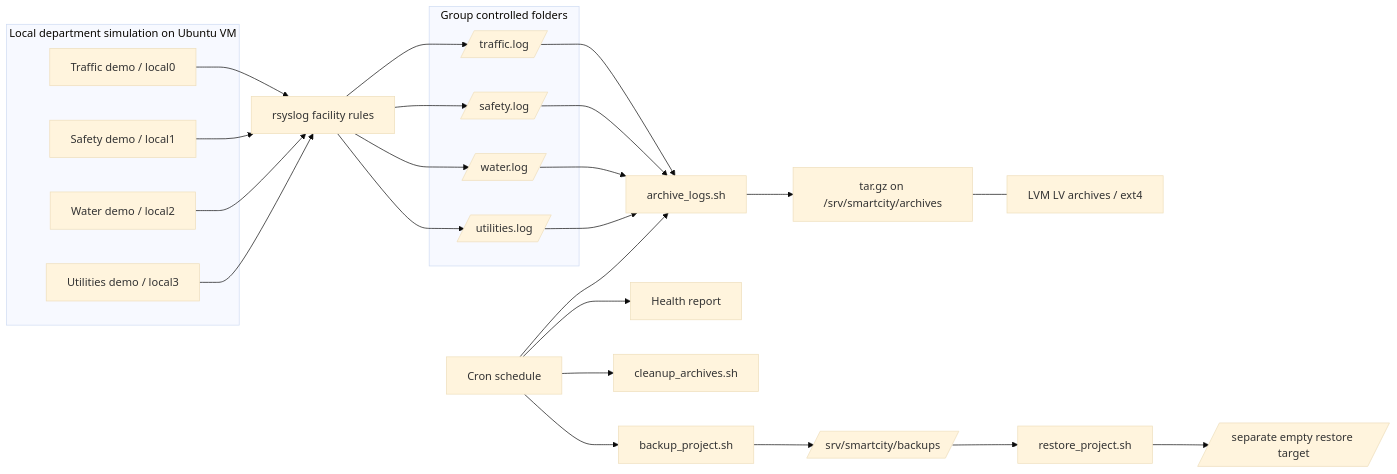
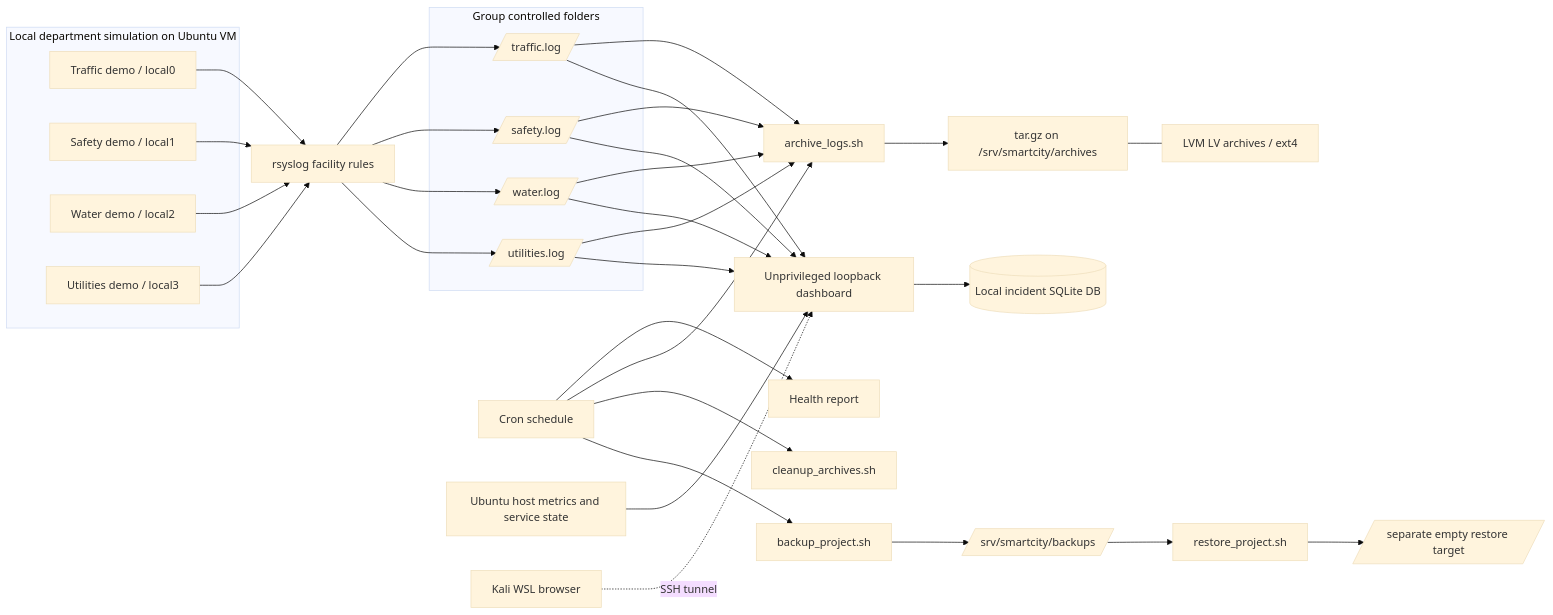
Before and after one commit to KaIvO-1904/Linux-Hackathon: the diagram in docs/ARCHITECTURE.md, drawn with Mermaid (base theme). The commit also changed other lines of this file and 20 other files, not shown here.

````diff
--- a/docs/ARCHITECTURE.md
+++ b/docs/ARCHITECTURE.md
@@ -3,36 +3,43 @@
 ```mermaid
 flowchart LR
     subgraph SIM[Local department simulation on Ubuntu VM]
       T[Traffic demo / local0]
       S[Safety demo / local1]
       W[Water demo / local2]
       U[Utilities demo / local3]
     end
     T --> R[rsyslog facility rules]
     S --> R
     W --> R
     U --> R
     R --> LT[/traffic.log/]
     R --> LS[/safety.log/]
     R --> LW[/water.log/]
     R --> LU[/utilities.log/]
     subgraph ACL[Group controlled folders]
       LT
       LS
       LW
       LU
     end
     LT --> AR[archive_logs.sh]
     LS --> AR
     LW --> AR
     LU --> AR
     AR --> LV[tar.gz on /srv/smartcity/archives]
     LV --- LVM[LVM LV archives / ext4]
     CR[Cron schedule] --> HR[Health report]
     CR --> AR
     CR --> CL[cleanup_archives.sh]
     CR --> BK[backup_project.sh]
     BK --> BA[/srv/smartcity/backups/]
     BA --> RS[restore_project.sh]
     RS --> RT[/separate empty restore target/]
+    LT --> UI[Unprivileged loopback dashboard]
+    LS --> UI
+    LW --> UI
+    LU --> UI
+    VM[Ubuntu host metrics and service state] --> UI
+    UI --> DB[(Local incident SQLite DB)]
+    CLIENT[Kali WSL browser] -. SSH tunnel .-> UI
 ```
````
